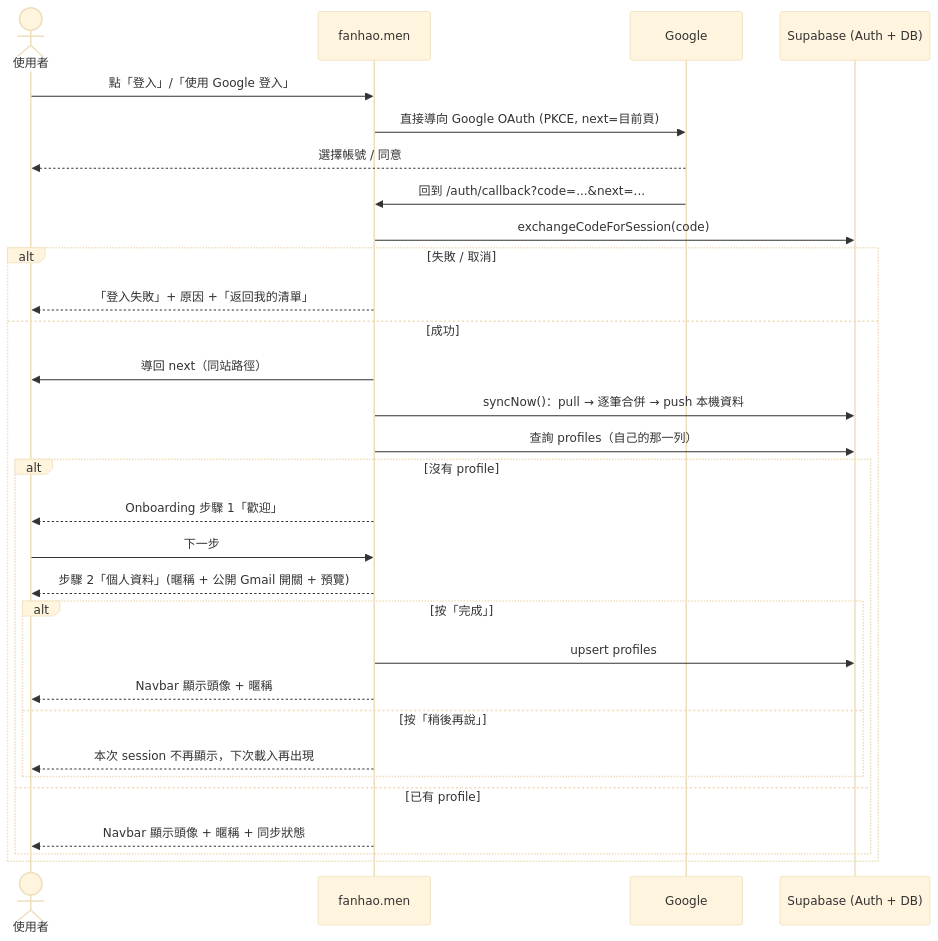
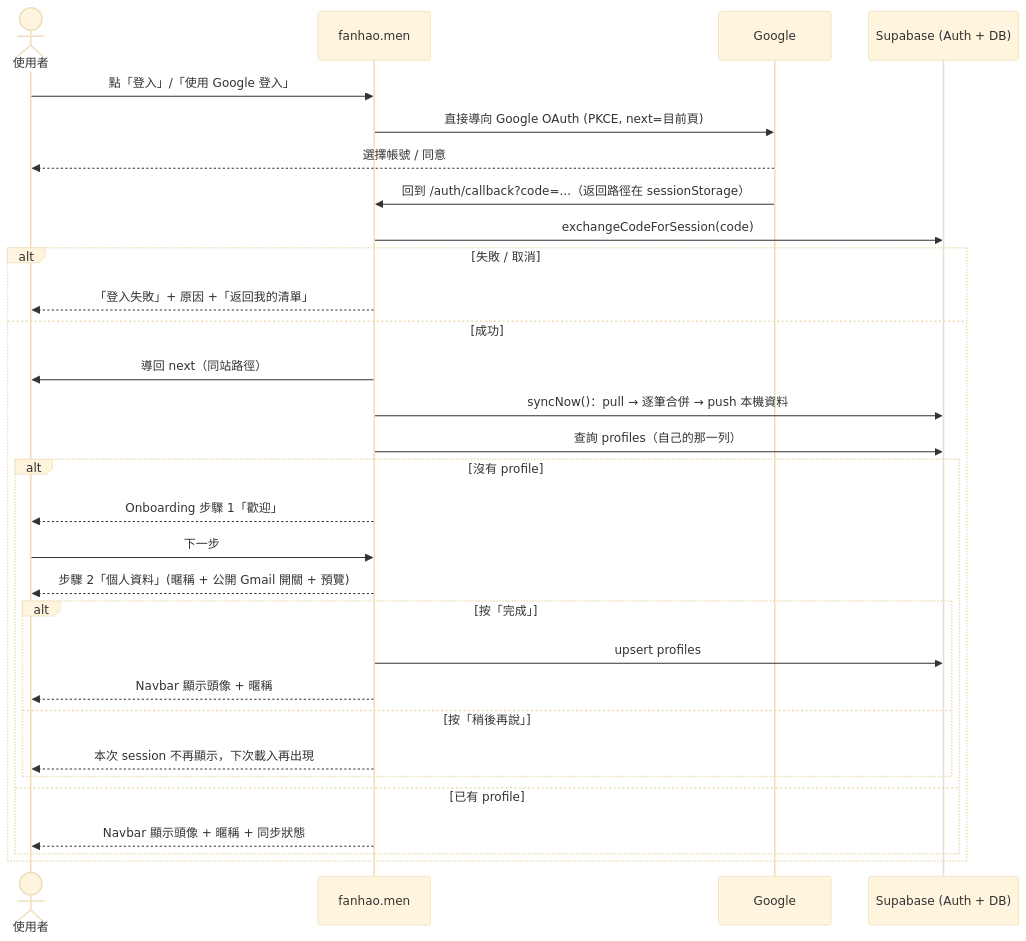
Before and after one commit to Waynting/fanhao.men: the second of 2 diagrams in docs/user-journey.md, drawn with Mermaid (base theme). The commit also changed other lines of this file and 8 other files, not shown here.

````diff
--- a/docs/user-journey.md
+++ b/docs/user-journey.md
@@ -147,33 +147,33 @@
 ```mermaid
 sequenceDiagram
     actor U as 使用者
     participant App as fanhao.men
     participant G as Google
     participant SB as Supabase (Auth + DB)
 
     U->>App: 點「登入」/「使用 Google 登入」
     App->>G: 直接導向 Google OAuth (PKCE, next=目前頁)
     G-->>U: 選擇帳號 / 同意
-    G->>App: 回到 /auth/callback?code=...&next=...
+    G->>App: 回到 /auth/callback?code=...（返回路徑在 sessionStorage）
     App->>SB: exchangeCodeForSession(code)
     alt 失敗 / 取消
         App-->>U: 「登入失敗」+ 原因 +「返回我的清單」
     else 成功
         App->>U: 導回 next（同站路徑）
         App->>SB: syncNow()：pull → 逐筆合併 → push 本機資料
         App->>SB: 查詢 profiles（自己的那一列）
         alt 沒有 profile
             App-->>U: Onboarding 步驟 1「歡迎」
             U->>App: 下一步
             App-->>U: 步驟 2「個人資料」(暱稱 + 公開 Gmail 開關 + 預覽)
             alt 按「完成」
                 App->>SB: upsert profiles
                 App-->>U: Navbar 顯示頭像 + 暱稱
             else 按「稍後再說」
                 App-->>U: 本次 session 不再顯示，下次載入再出現
             end
         else 已有 profile
             App-->>U: Navbar 顯示頭像 + 暱稱 + 同步狀態
         end
     end
 ```
````
